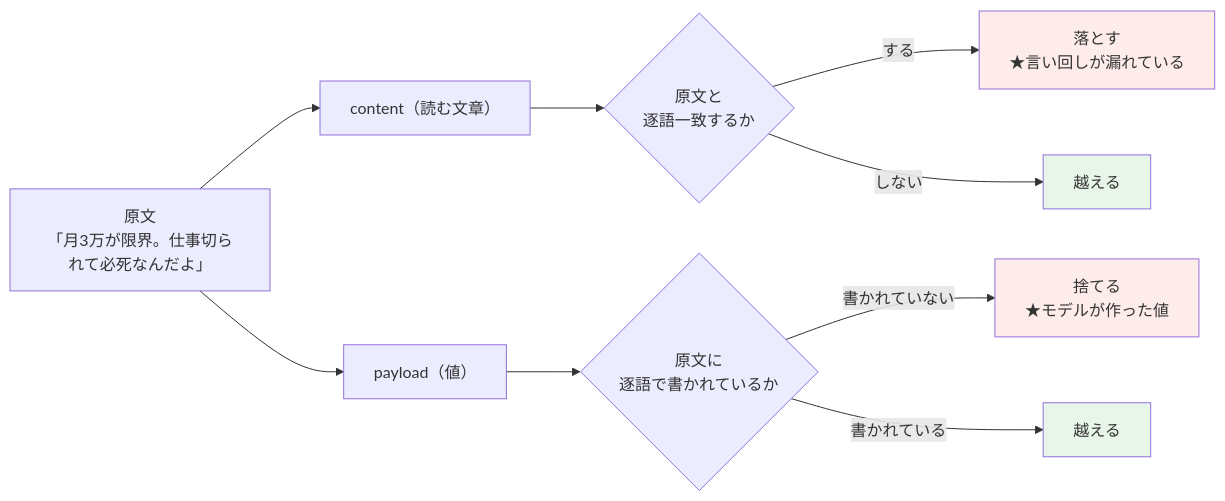
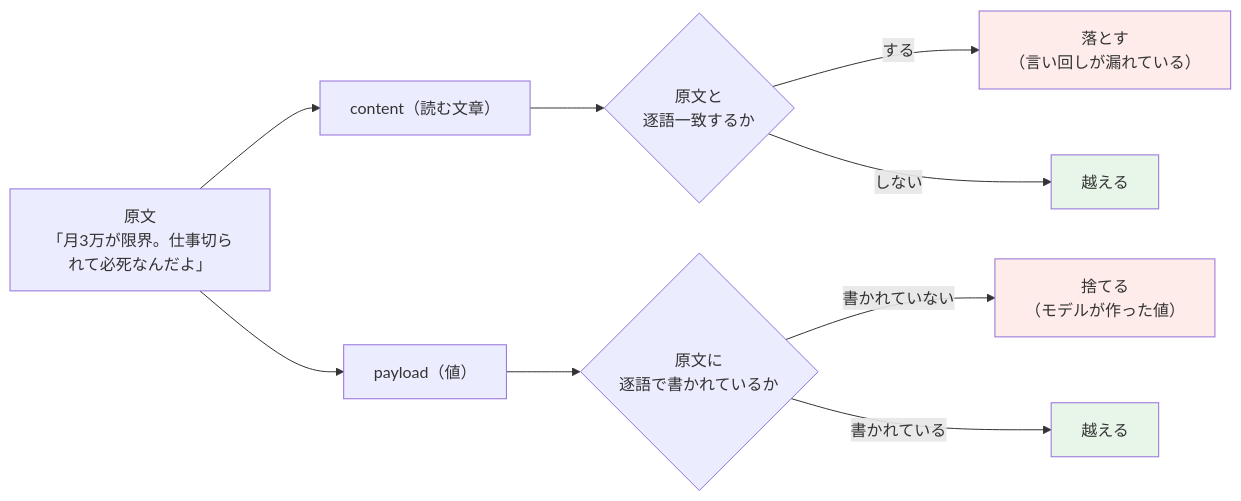
One commit to sugimomoto/AIHack changed the seventh of 8 diagrams in .steering/20260813-blog/draft_main.md. Above: the diagram before and after it, drawn with Mermaid. The commit also changed other lines of this file, not shown here.

````diff
--- a/.steering/20260813-blog/draft_main.md
+++ b/.steering/20260813-blog/draft_main.md
@@ -595,20 +595,20 @@
 ```mermaid
 flowchart LR
     RAW["原文<br/>「月3万が限界。仕事切られて必死なんだよ」"]
 
     RAW --> C["content（読む文章）"]
     RAW --> P["payload（値）"]
 
     C --> CV{"原文と<br/>逐語一致するか"}
-    CV -->|する| CX["落とす<br/>★言い回しが漏れている"]
+    CV -->|する| CX["落とす<br/>（言い回しが漏れている）"]
     CV -->|しない| CO["越える"]
 
     P --> PV{"原文に<br/>逐語で書かれているか"}
-    PV -->|書かれていない| PX["捨てる<br/>★モデルが作った値"]
+    PV -->|書かれていない| PX["捨てる<br/>（モデルが作った値）"]
     PV -->|書かれている| PO["越える"]
 
     style CO fill:#e8f5e9
     style PO fill:#e8f5e9
     style CX fill:#fdecea
     style PX fill:#fdecea
 ```
````
